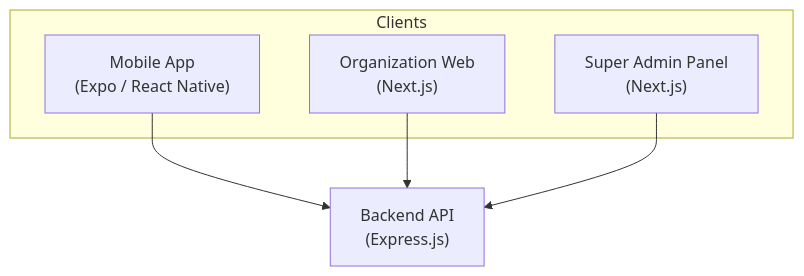
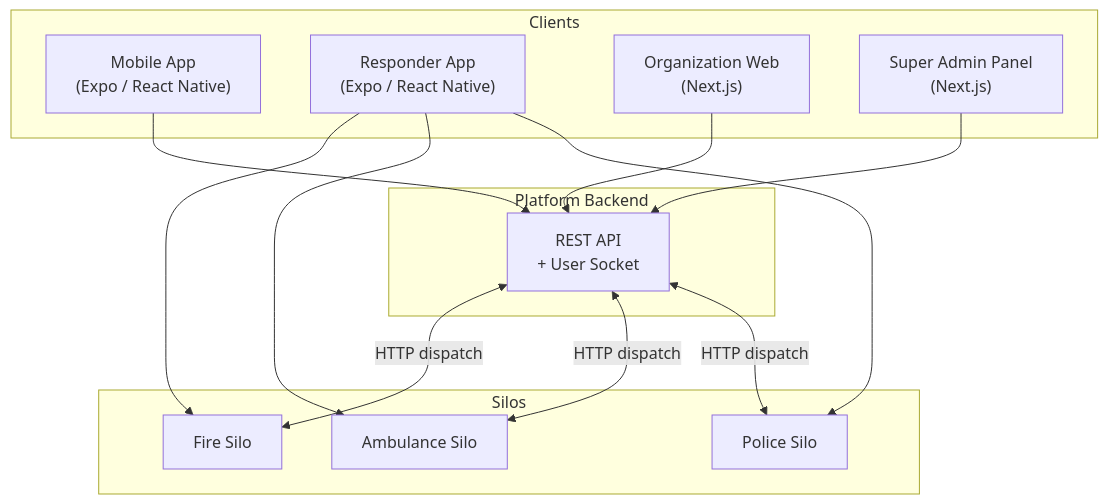
Before and after one commit to rohit-Jung/resqconnect: the first of 2 diagrams in README.md, drawn with Mermaid. The commit also changed other lines of this file, not shown here.

````diff
--- a/README.md
+++ b/README.md
@@ -7,14 +7,30 @@
 ```mermaid
 flowchart TB
     subgraph Clients
         A["Mobile App\n(Expo / React Native)"]
+        B["Responder App\n(Expo / React Native)"]
         C["Organization Web\n(Next.js)"]
         D["Super Admin Panel\n(Next.js)"]
     end
 
-    B["Backend API\n(Express.js)"]
+    subgraph Platform["Platform Backend"]
+        P["REST API\n+ User Socket"]
+    end
 
-    A --> B
-    C --> B
-    D --> B
+    subgraph Silos
+        S1["Fire Silo"]
+        S2["Ambulance Silo"]
+        S3["Police Silo"]
+    end
+
+    A --> P
+    B --> S1
+    B --> S2
+    B --> S3
+    C --> P
+    D --> P
+
+    P <-->|"HTTP dispatch"| S1
+    P <-->|"HTTP dispatch"| S2
+    P <-->|"HTTP dispatch"| S3
 ```
````
